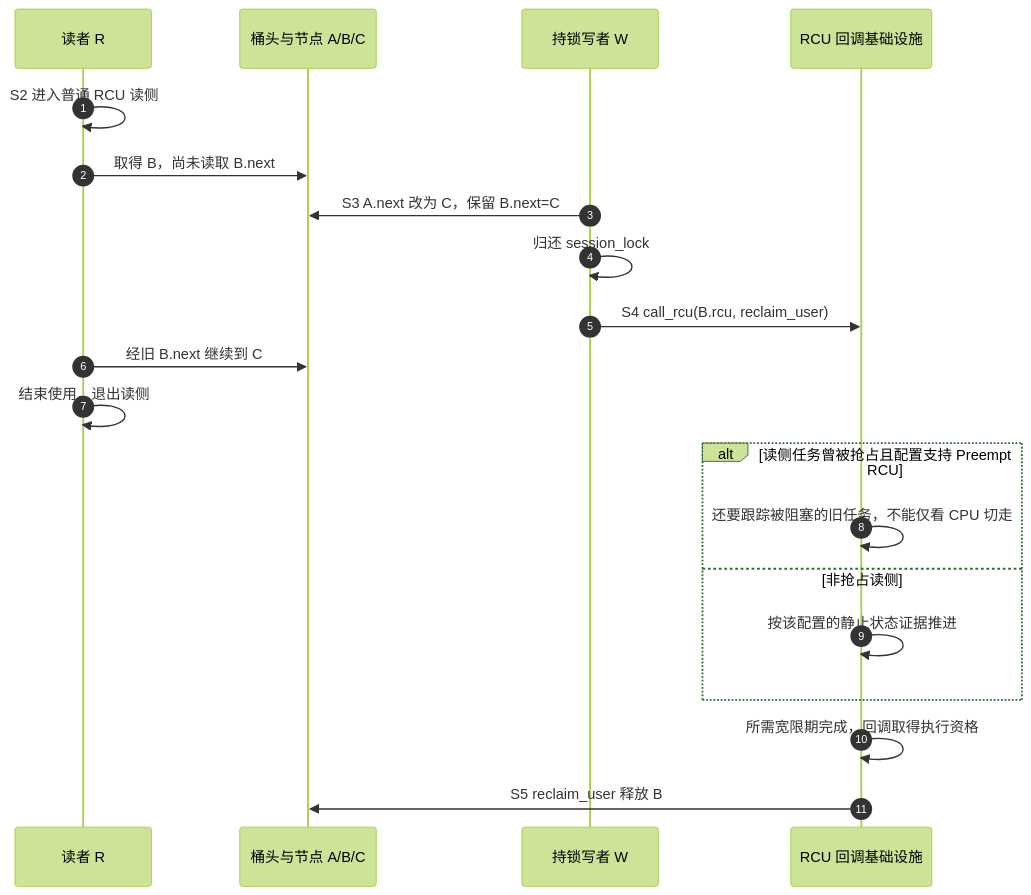
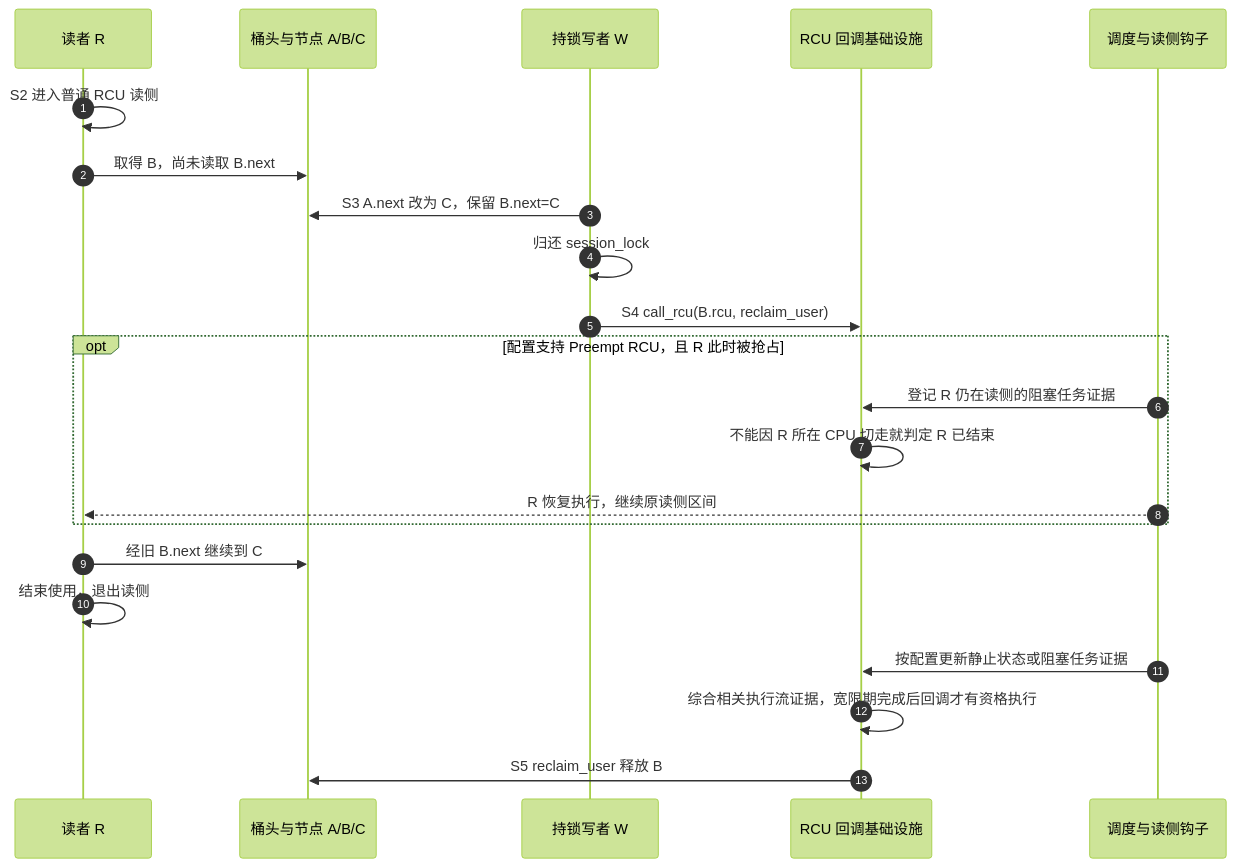
The second of 2 diagrams in knowledge/linux/data_structures/哈希表_Hash_Table/P03_高级进阶与性能调优/P04_并发保护与RCU机制_多核下的读写博弈.md (FormingSystem/linux_note), drawn with Mermaid (forest theme) before and after one commit. The commit also changed other lines of this file and 10 other files, not shown here.

````diff
--- a/knowledge/linux/data_structures/哈希表_Hash_Table/P03_高级进阶与性能调优/P04_并发保护与RCU机制_多核下的读写博弈.md
+++ b/knowledge/linux/data_structures/哈希表_Hash_Table/P03_高级进阶与性能调优/P04_并发保护与RCU机制_多核下的读写博弈.md
@@ -59,22 +59,24 @@
 ```mermaid
 sequenceDiagram
     autonumber
     participant reader as 读者 R
     participant state as 桶头与节点 A/B/C
     participant writer as 持锁写者 W
     participant rcu as RCU 回调基础设施
+    participant hooks as 调度与读侧钩子
     reader->>reader: S2 进入普通 RCU 读侧
     reader->>state: 取得 B，尚未读取 B.next
     writer->>state: S3 A.next 改为 C，保留 B.next=C
     writer->>writer: 归还 session_lock
     writer->>rcu: S4 call_rcu(B.rcu, reclaim_user)
+    opt 配置支持 Preempt RCU，且 R 此时被抢占
+        hooks->>rcu: 登记 R 仍在读侧的阻塞任务证据
+        rcu->>rcu: 不能因 R 所在 CPU 切走就判定 R 已结束
+        hooks-->>reader: R 恢复执行，继续原读侧区间
+    end
     reader->>state: 经旧 B.next 继续到 C
     reader->>reader: 结束使用，退出读侧
-    alt 读侧任务曾被抢占且配置支持 Preempt RCU
-        rcu->>rcu: 还要跟踪被阻塞的旧任务，不能仅看 CPU 切走
-    else 非抢占读侧
-        rcu->>rcu: 按该配置的静止状态证据推进
-    end
-    rcu->>rcu: 所需宽限期完成，回调取得执行资格
+    hooks->>rcu: 按配置更新静止状态或阻塞任务证据
+    rcu->>rcu: 综合相关执行流证据，宽限期完成后回调才有资格执行
     rcu->>state: S5 reclaim_user 释放 B
 ```
````
